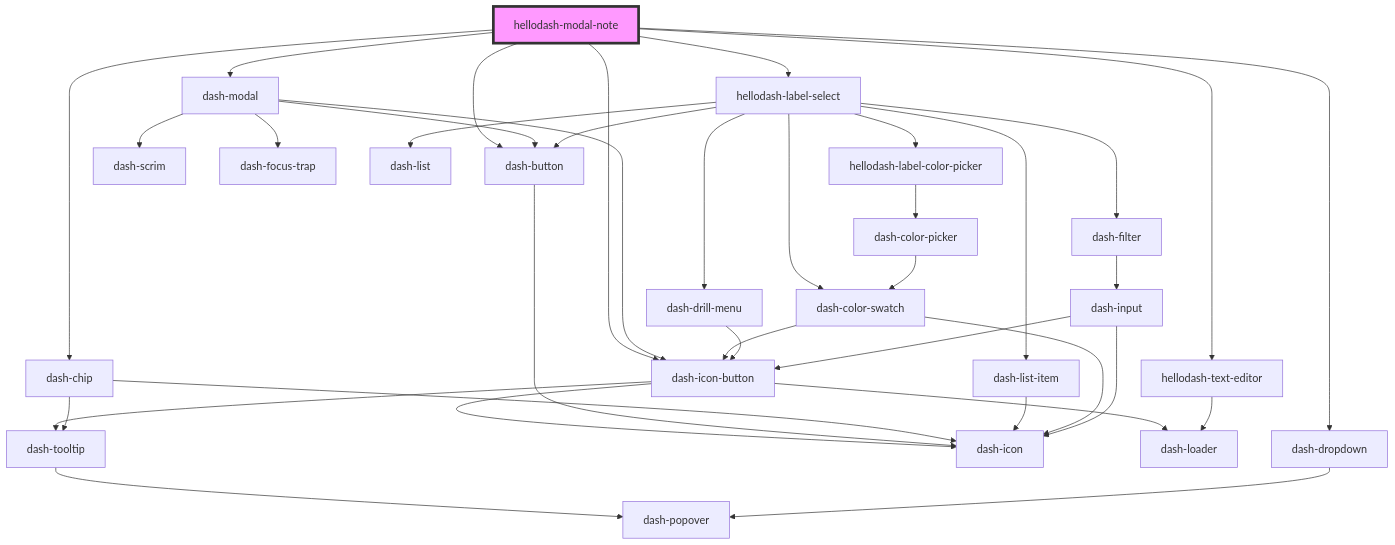
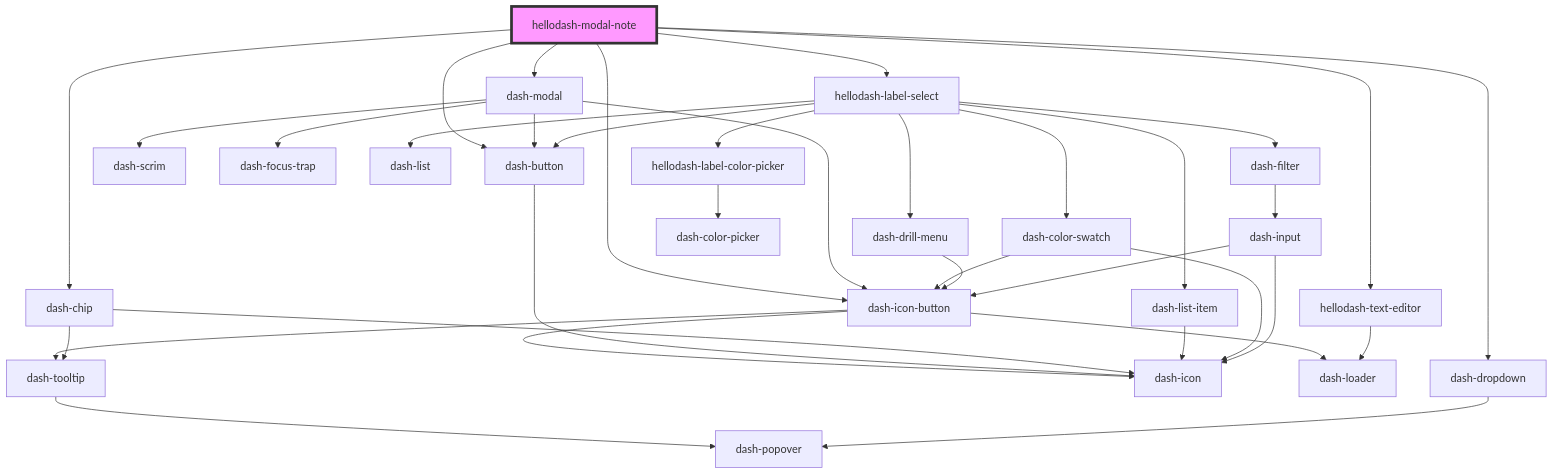
Before and after one commit to jmanke/dash: the diagram in packages/hellodash-components/src/components/modals/hellodash-modal-note/readme.md, drawn with Mermaid. The commit also changed 10 other files, not shown here.

````diff
--- a/packages/hellodash-components/src/components/modals/hellodash-modal-note/readme.md
+++ b/packages/hellodash-components/src/components/modals/hellodash-modal-note/readme.md
@@ -58,40 +58,39 @@
 ```mermaid
 graph TD;
   hellodash-modal-note --> dash-modal
   hellodash-modal-note --> hellodash-text-editor
   hellodash-modal-note --> dash-chip
   hellodash-modal-note --> dash-dropdown
   hellodash-modal-note --> dash-icon-button
   hellodash-modal-note --> hellodash-label-select
   hellodash-modal-note --> dash-button
   dash-modal --> dash-scrim
   dash-modal --> dash-focus-trap
   dash-modal --> dash-icon-button
   dash-modal --> dash-button
   dash-icon-button --> dash-icon
   dash-icon-button --> dash-loader
   dash-icon-button --> dash-tooltip
   dash-tooltip --> dash-popover
   dash-button --> dash-icon
   hellodash-text-editor --> dash-loader
   dash-chip --> dash-icon
   dash-chip --> dash-tooltip
   dash-dropdown --> dash-popover
   hellodash-label-select --> dash-list
   hellodash-label-select --> dash-list-item
   hellodash-label-select --> dash-color-swatch
   hellodash-label-select --> dash-button
   hellodash-label-select --> dash-drill-menu
   hellodash-label-select --> dash-filter
   hellodash-label-select --> hellodash-label-color-picker
   dash-list-item --> dash-icon
   dash-color-swatch --> dash-icon-button
   dash-color-swatch --> dash-icon
   dash-drill-menu --> dash-icon-button
   dash-filter --> dash-input
   dash-input --> dash-icon
   dash-input --> dash-icon-button
   hellodash-label-color-picker --> dash-color-picker
-  dash-color-picker --> dash-color-swatch
   style hellodash-modal-note fill:#f9f,stroke:#333,stroke-width:4px
 ```
````
